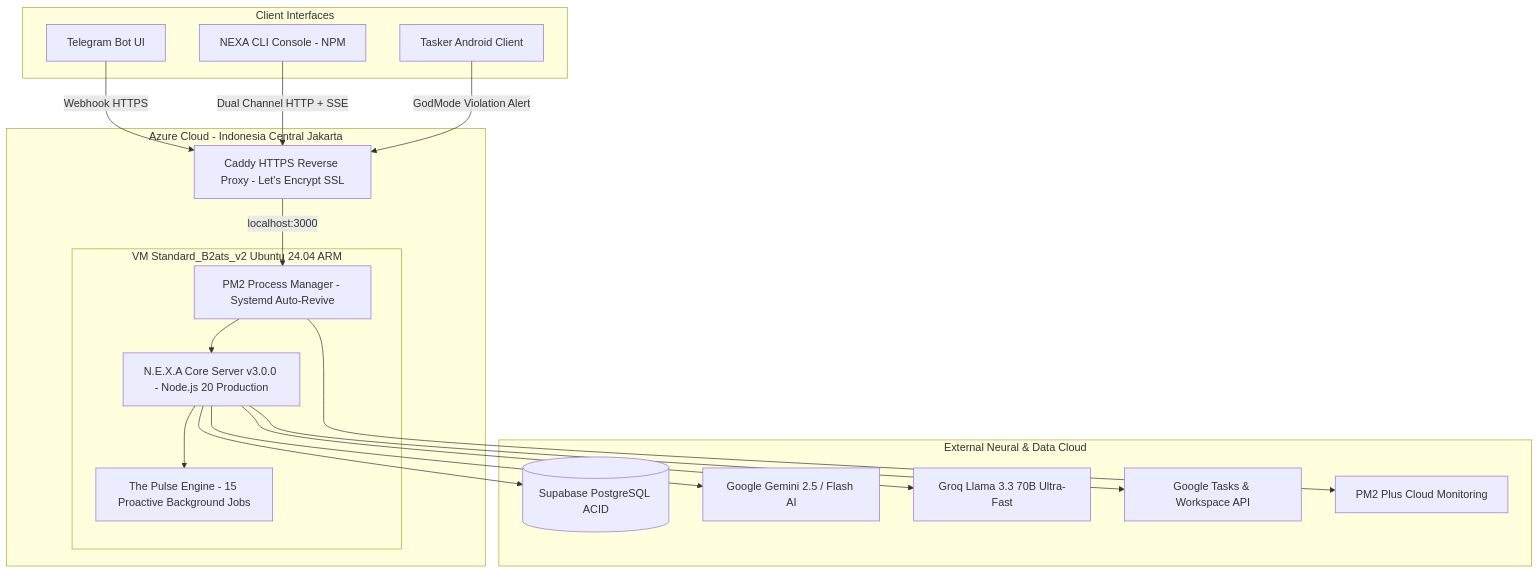
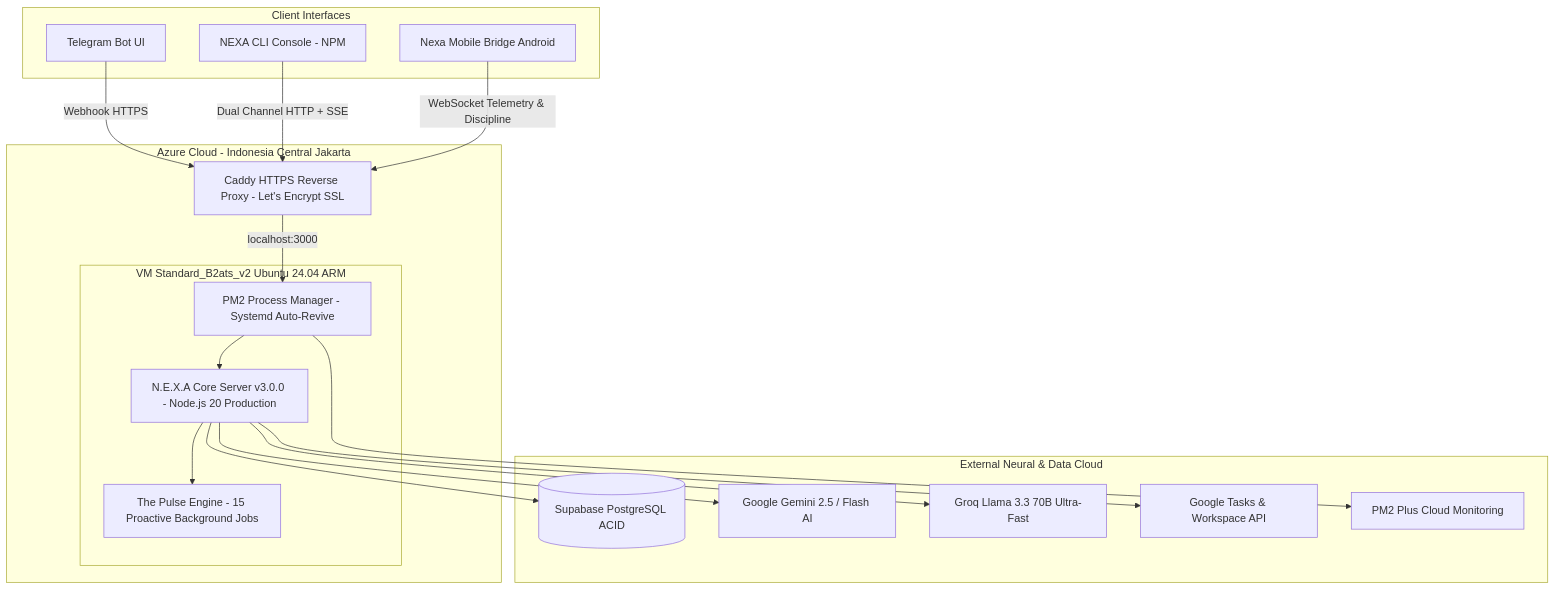
The third of 3 diagrams in docs/NEXA_VERSION_EVOLUTION_ROADMAP.md (Knightrelaxed/nexa-server), drawn with Mermaid before and after one commit. The commit also changed other lines of this file and 8 other files, not shown here.

Commit message:
chore(cleanup): remove legacy Tasker references, clean Supabase core identity, and standardize on Nexa Mobile Bridge

````diff
--- a/docs/NEXA_VERSION_EVOLUTION_ROADMAP.md
+++ b/docs/NEXA_VERSION_EVOLUTION_ROADMAP.md
@@ -175,40 +175,40 @@
 ```mermaid
 graph TD
     subgraph Client Interfaces
         TG[Telegram Bot UI]
         CLI[NEXA CLI Console - NPM]
-        TSK[Tasker Android Client]
+        NMB[Nexa Mobile Bridge Android]
     end
 
     subgraph Azure Cloud - Indonesia Central Jakarta
         CAD[Caddy HTTPS Reverse Proxy - Let's Encrypt SSL]
         
         subgraph VM Standard_B2ats_v2 Ubuntu 24.04 ARM
             PM2[PM2 Process Manager - Systemd Auto-Revive]
             CORE[N.E.X.A Core Server v3.0.0 - Node.js 20 Production]
             CRON[The Pulse Engine - 15 Proactive Background Jobs]
         end
     end
 
     subgraph External Neural & Data Cloud
         SUP[(Supabase PostgreSQL ACID)]
         GEM[Google Gemini 2.5 / Flash AI]
         GROQ[Groq Llama 3.3 70B Ultra-Fast]
         GWRK[Google Tasks & Workspace API]
         PMD[PM2 Plus Cloud Monitoring]
     end
 
     TG -->|Webhook HTTPS| CAD
     CLI -->|Dual Channel HTTP + SSE| CAD
-    TSK -->|GodMode Violation Alert| CAD
+    NMB -->|WebSocket Telemetry & Discipline| CAD
     
     CAD -->|localhost:3000| PM2
     PM2 --> CORE
     CORE --> CRON
     
     CORE --> SUP
     CORE --> GEM
     CORE --> GROQ
     CORE --> GWRK
     PM2 --> PMD
 ```
````
